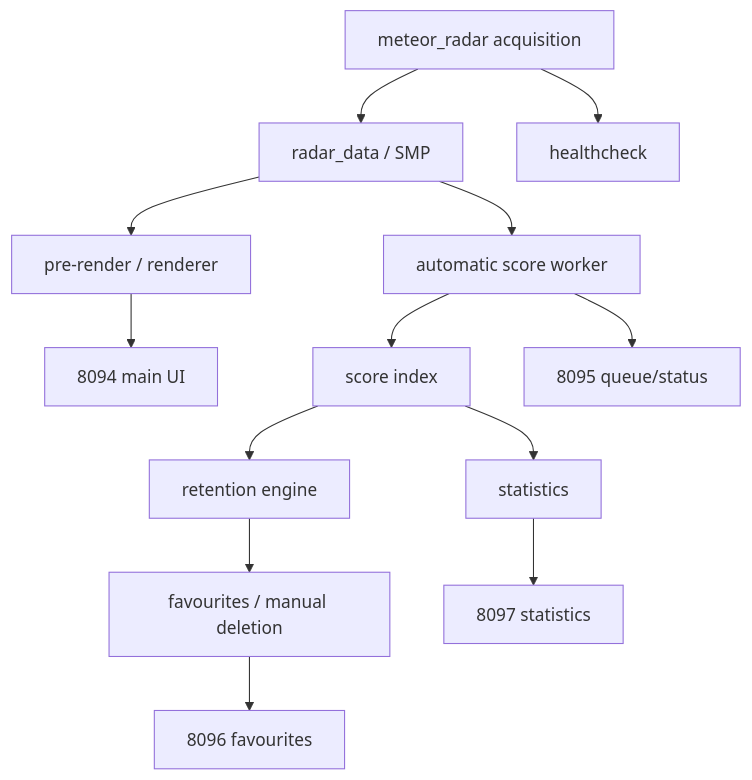
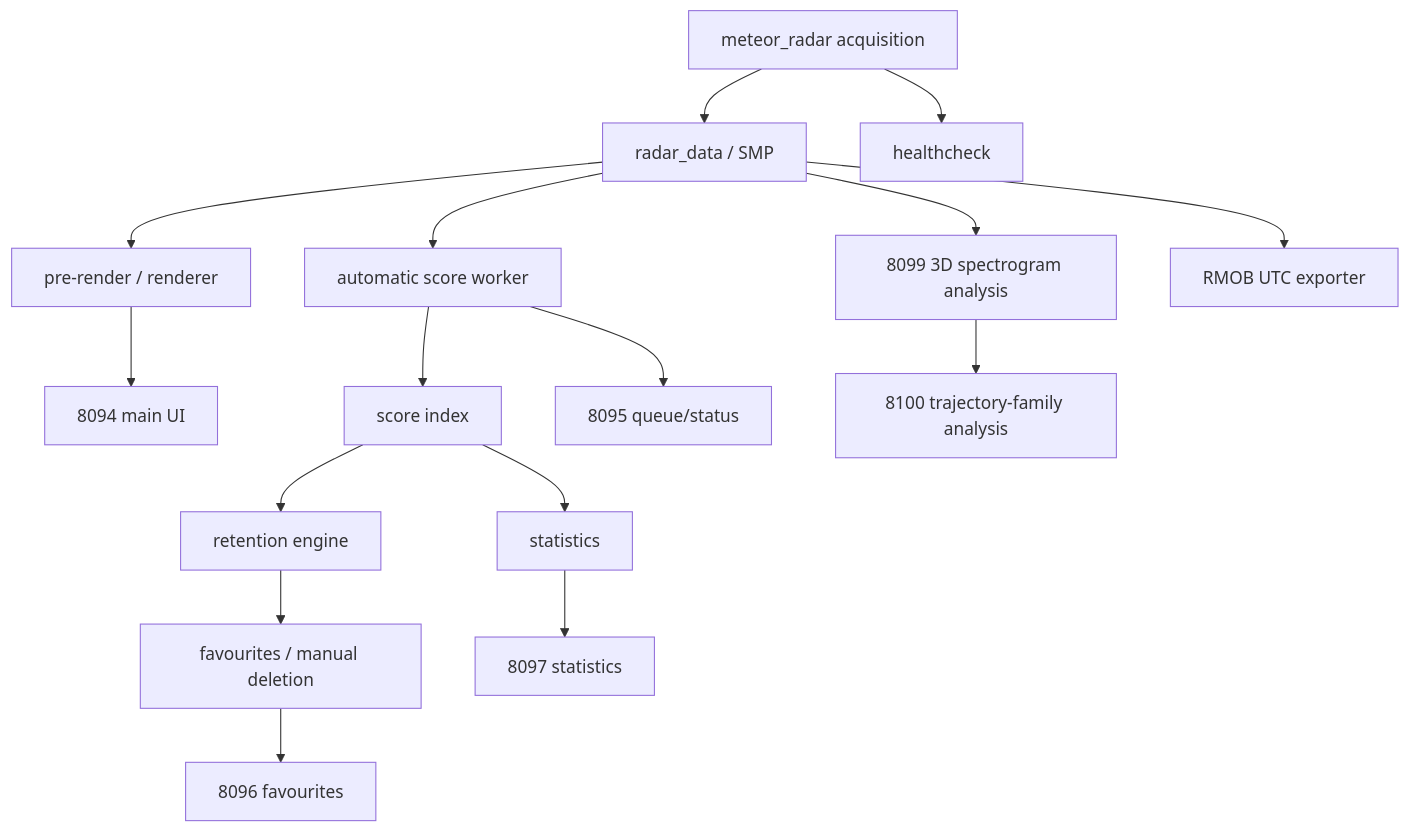
The second of 3 diagrams in docs/ARCHITECTURE.md (tomaszspica-dot/MeteorRadio-V5-Station), drawn with Mermaid before and after one commit. The commit also changed 6 other files, not shown here.

````diff
--- a/docs/ARCHITECTURE.md
+++ b/docs/ARCHITECTURE.md
@@ -17,15 +17,18 @@
 ```mermaid
 flowchart TD
     A[meteor_radar acquisition] --> B[radar_data / SMP]
     B --> C[pre-render / renderer]
     B --> D[automatic score worker]
     D --> E[score index]
     E --> F[retention engine]
     E --> G[statistics]
     F --> H[favourites / manual deletion]
     C --> I[8094 main UI]
     D --> J[8095 queue/status]
     H --> K[8096 favourites]
     G --> L[8097 statistics]
+    B --> N[8099 3D spectrogram analysis]
+    N --> O[8100 trajectory-family analysis]
+    B --> P[RMOB UTC exporter]
     A --> M[healthcheck]
 ```
````
